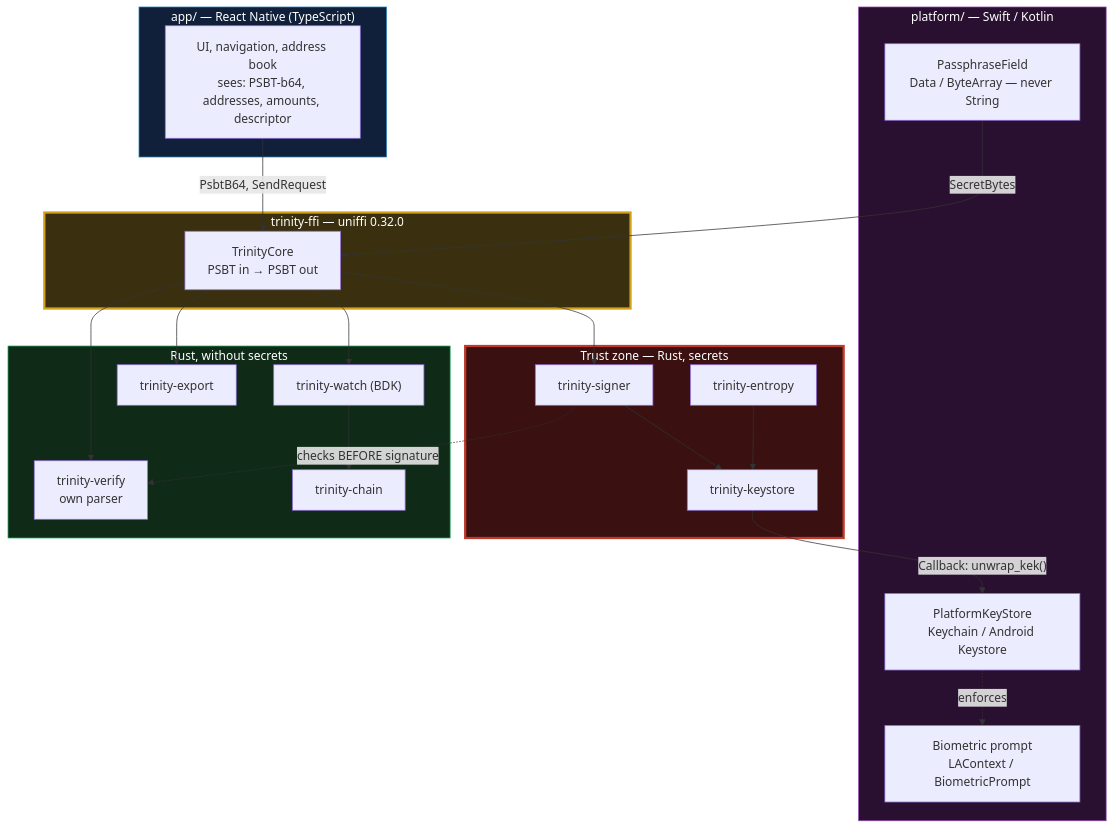
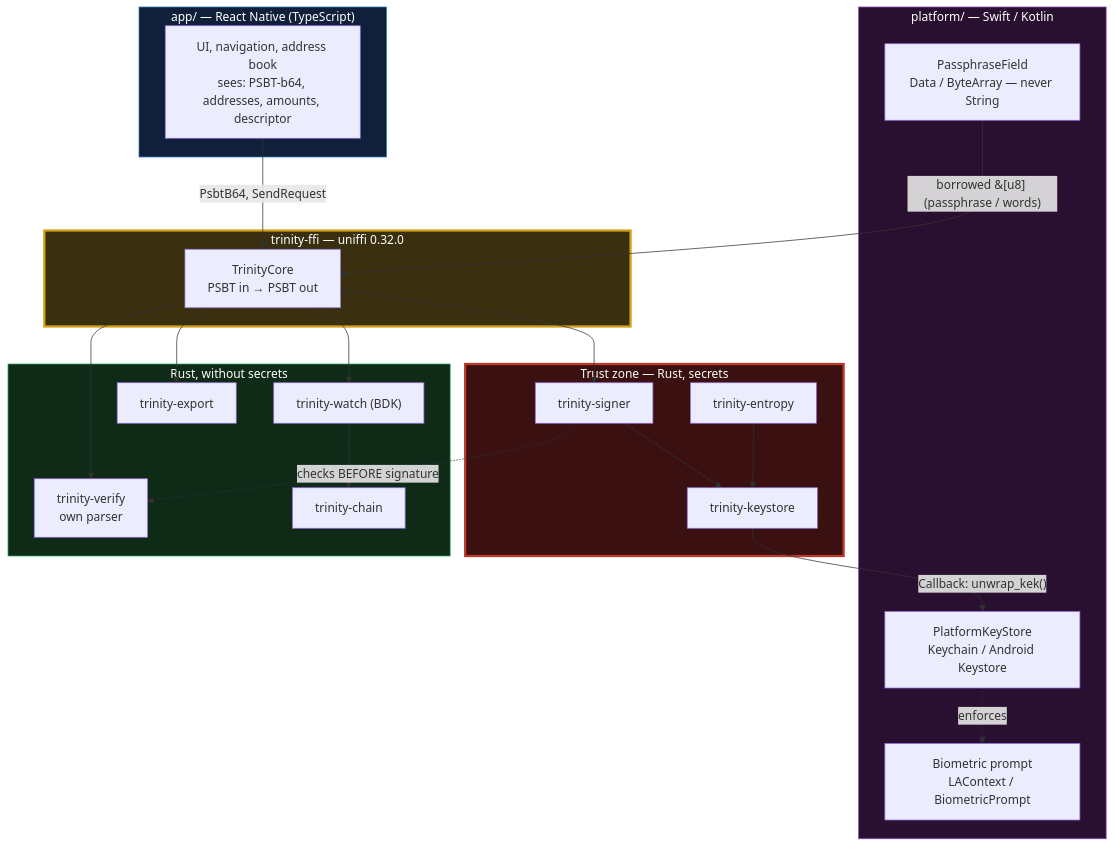
One commit to joshuakrueger-dfx/Bitcoin-Trinity changed the first of 9 diagrams in docs/SPECIFICATION.md. Above: the diagram before and after it, drawn with Mermaid. The commit also changed other lines of this file and 1 other file, not shown here.

````diff
--- a/docs/SPECIFICATION.md
+++ b/docs/SPECIFICATION.md
@@ -246,48 +246,48 @@
 ```mermaid
 flowchart TB
     subgraph JS["app/ — React Native (TypeScript)"]
         UI["UI, navigation, address book<br/>sees: PSBT-b64, addresses, amounts, descriptor"]
     end
 
     subgraph NAT["platform/ — Swift / Kotlin"]
         PF["PassphraseField<br/>Data / ByteArray — never String"]
         PKS["PlatformKeyStore<br/>Keychain / Android Keystore"]
         BIO["Biometric prompt<br/>LAContext / BiometricPrompt"]
     end
 
     subgraph FFI["trinity-ffi — uniffi 0.32.0"]
         FACADE["TrinityCore<br/>PSBT in → PSBT out"]
     end
 
     subgraph SECRET["Trust zone — Rust, secrets"]
         ENT["trinity-entropy"]
         KS["trinity-keystore"]
         SIG["trinity-signer"]
     end
 
     subgraph CLEAN["Rust, without secrets"]
         WATCH["trinity-watch (BDK)"]
         VER["trinity-verify<br/>own parser"]
         CHAIN["trinity-chain"]
         EXP["trinity-export"]
     end
 
     UI -->|"PsbtB64, SendRequest"| FACADE
-    PF -->|"SecretBytes"| FACADE
+    PF -->|"borrowed &[u8] (passphrase / words)"| FACADE
     FACADE --> SIG
     FACADE --> WATCH
     FACADE --> VER
     FACADE --> EXP
     SIG --> KS
     KS -->|"Callback: unwrap_kek()"| PKS
     PKS -.->|"enforces"| BIO
     ENT --> KS
     WATCH --> CHAIN
     SIG -.->|"checks BEFORE signature"| VER
 
     style SECRET fill:#3a1010,stroke:#c0392b,stroke-width:3px,color:#fff
     style FFI fill:#3a3010,stroke:#d4a017,stroke-width:3px,color:#fff
     style JS fill:#10203a,stroke:#2980b9,color:#fff
     style CLEAN fill:#102a18,stroke:#27ae60,color:#fff
     style NAT fill:#2a1030,stroke:#8e44ad,color:#fff
 ```
````
